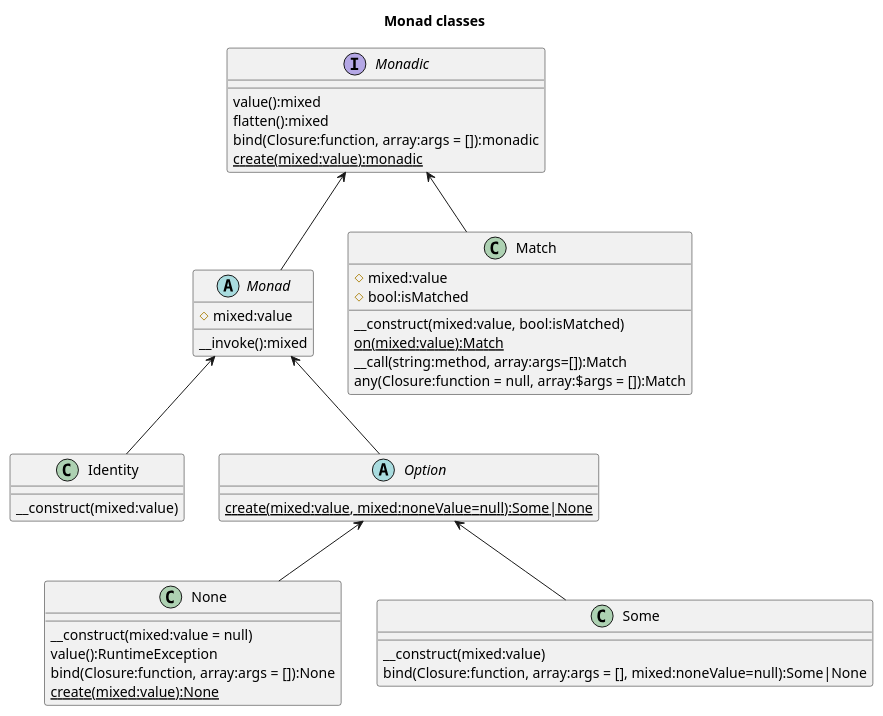
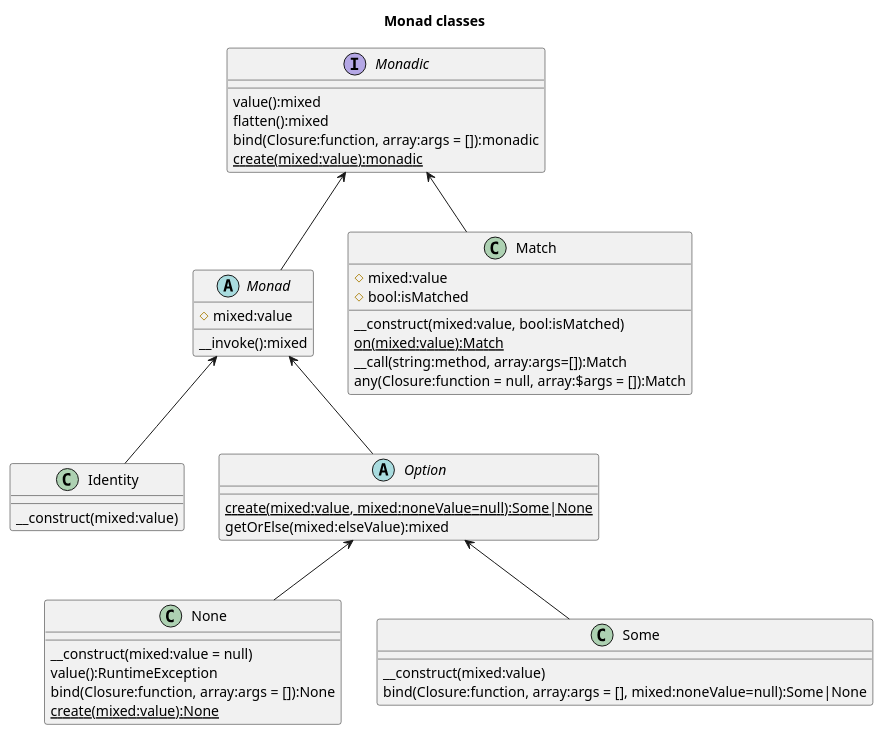
The diagram in docs/Monad Classes.puml (chippyash/Monad), drawn with PlantUML before and after one commit. The commit also changed 4 other files, not shown here.

```diff
--- a/docs/Monad Classes.puml
+++ b/docs/Monad Classes.puml
@@ -1,51 +1,52 @@
 @startuml
 title Monad classes
 
 interface Monadic {
     value():mixed
     flatten():mixed
     bind(Closure:function, array:args = []):monadic
     {static} create(mixed:value):monadic
 }
 
 abstract class Monad {
     #mixed:value
     __invoke():mixed
 }
 
 class Identity {
     __construct(mixed:value)
 }
 
 abstract class Option {
     {static} create(mixed:value, mixed:noneValue=null):Some|None
+    getOrElse(mixed:elseValue):mixed
 }
 
 class None {
     __construct(mixed:value = null)
     value():RuntimeException
     bind(Closure:function, array:args = []):None
     {static} create(mixed:value):None
 }
 
 class Some {
     __construct(mixed:value)
     bind(Closure:function, array:args = [], mixed:noneValue=null):Some|None
 }
 
 class Match {
     #mixed:value
     #bool:isMatched
     __construct(mixed:value, bool:isMatched)
     {static} on(mixed:value):Match
     __call(string:method, array:args=[]):Match
     any(Closure:function = null, array:$args = []):Match
 }
 
 Monadic <-- Monad
 Monad <-- Identity
 Monad <-- Option
 Option <-- None
 Option <-- Some
 Monadic <-- Match
 @enduml
```
